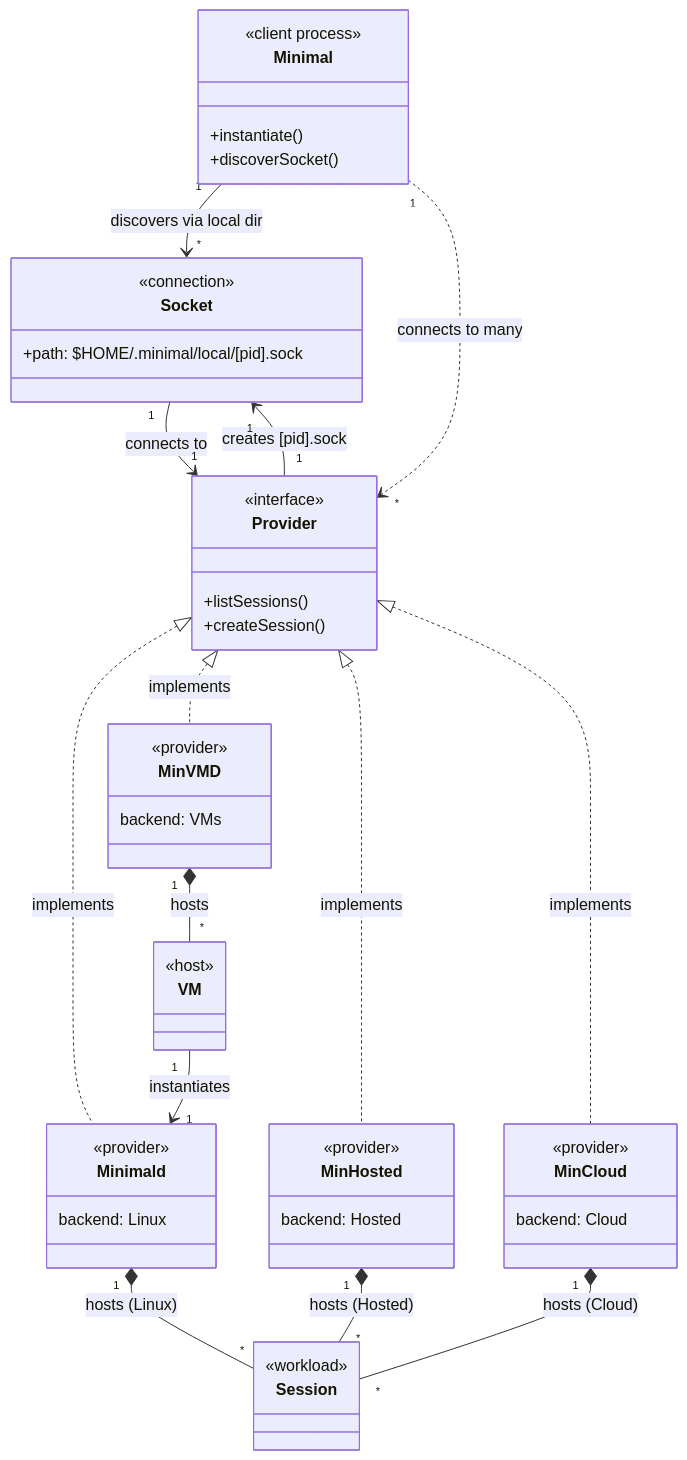
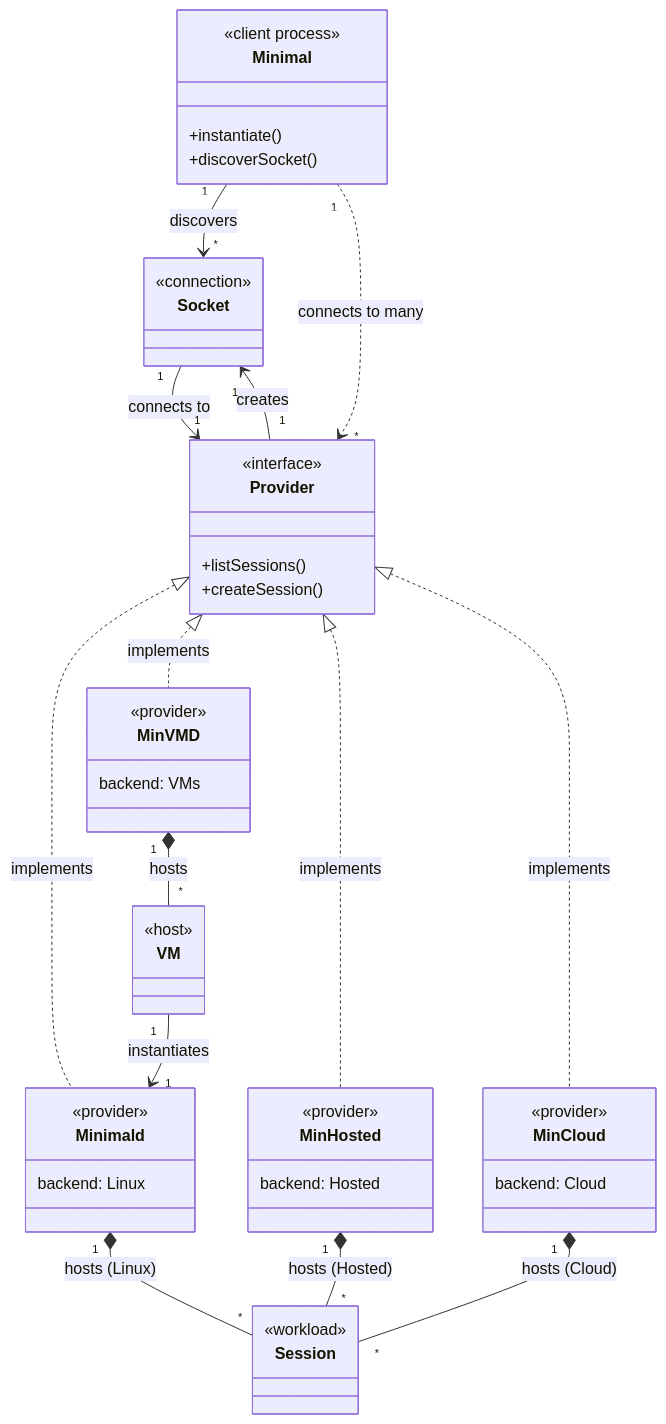
The first of 5 diagrams in docs/session-domain-diag.md (gominimal/minimal), drawn with Mermaid before and after one commit. The commit also changed other lines of this file, not shown here.

First line of the commit message:
docs(sessions): remove socket paths from domain model

````diff
--- a/docs/session-domain-diag.md
+++ b/docs/session-domain-diag.md
@@ -7,63 +7,62 @@
 ```mermaid
 classDiagram
     class Minimal {
         <<client process>>
         +instantiate()
         +discoverSocket()
     }
 
     class Socket {
         <<connection>>
-        +path: $HOME/.minimal/local/[pid].sock
     }
 
     class Provider {
         <<interface>>
         +listSessions()
         +createSession()
     }
 
     class Minimald {
         <<provider>>
         backend: Linux
     }
 
     class MinVMD {
         <<provider>>
         backend: VMs
     }
 
     class MinHosted {
         <<provider>>
         backend: Hosted
     }
 
     class MinCloud {
         <<provider>>
         backend: Cloud
     }
 
     class VM {
         <<host>>
     }
 
     class Session {
         <<workload>>
     }
 
-    Minimal "1" --> "*" Socket : discovers via local dir
+    Minimal "1" --> "*" Socket : discovers
     Socket "1" --> "1" Provider : connects to
     Minimal "1" ..> "*" Provider : connects to many
-    Provider "1" --> "1" Socket : creates [pid].sock
+    Provider "1" --> "1" Socket : creates
 
     Provider <|.. Minimald : implements
     Provider <|.. MinVMD : implements
     Provider <|.. MinHosted : implements
     Provider <|.. MinCloud : implements
 
     Minimald  "1" *-- "*" Session : hosts (Linux)
     MinHosted "1" *-- "*" Session : hosts (Hosted)
     MinCloud  "1" *-- "*" Session : hosts (Cloud)
     MinVMD    "1" *-- "*" VM : hosts
     VM        "1" --> "1" Minimald : instantiates
 ```
````
